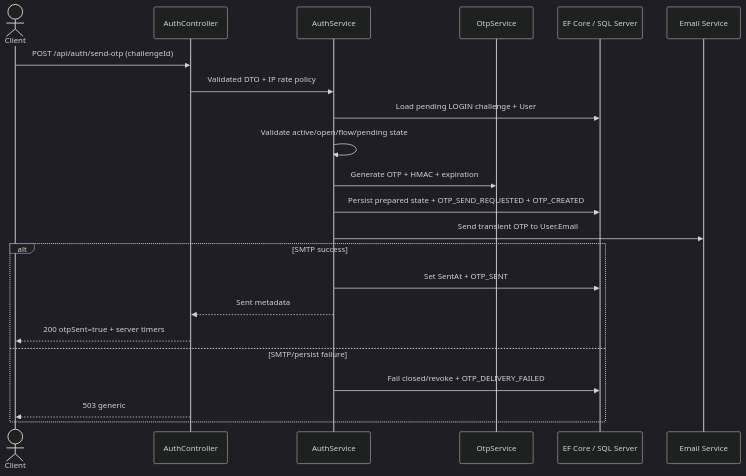
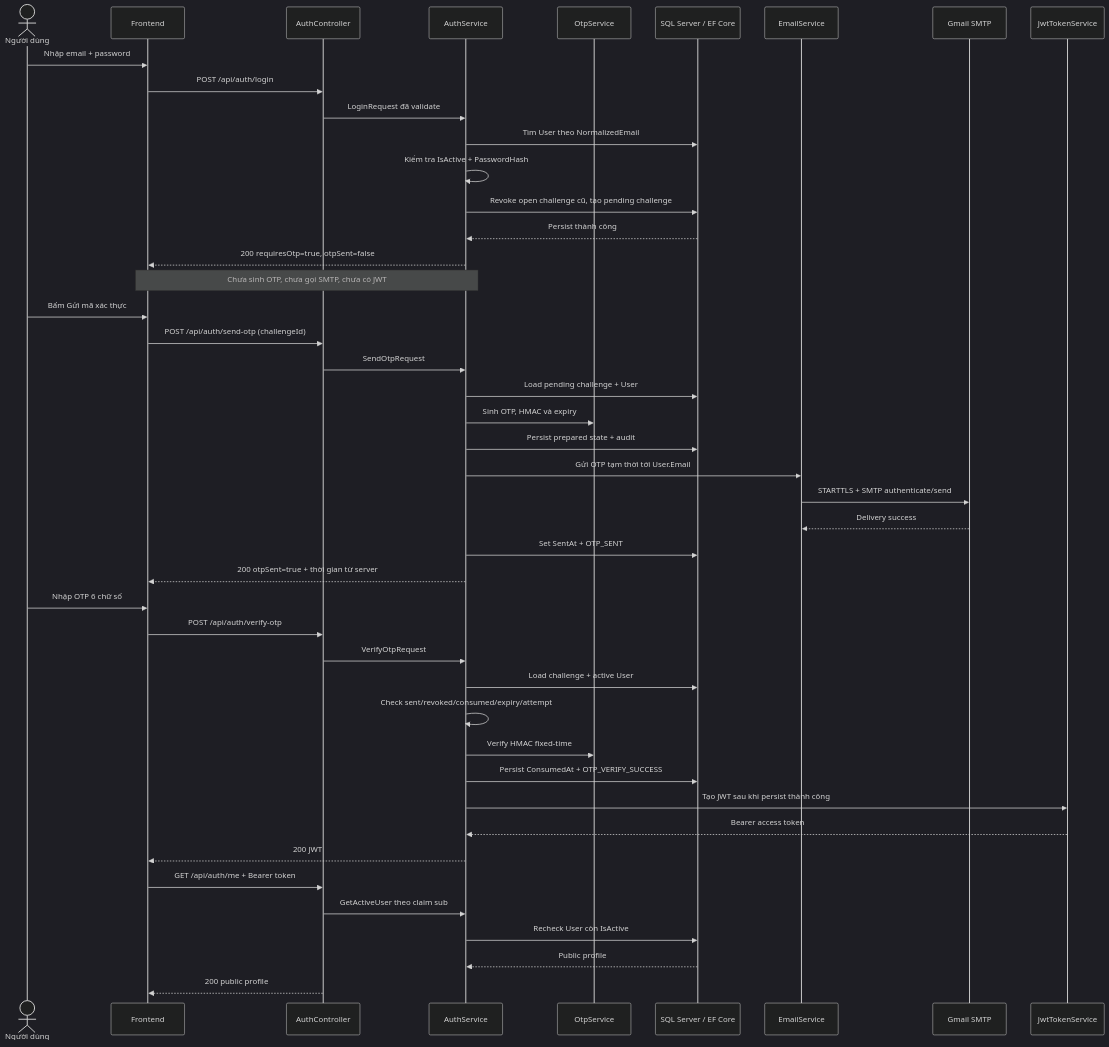
The second of 3 diagrams in docs/ARCHITECTURE.md (ThanhTM68/otp-auth-system), drawn with Mermaid (dark theme) before and after one commit. The commit also changed other lines of this file and 11 other files, not shown here.

````diff
--- a/docs/ARCHITECTURE.md
+++ b/docs/ARCHITECTURE.md
@@ -198,25 +115,50 @@
 ```mermaid
 sequenceDiagram
-    actor C as Client
+    actor U as Người dùng
+    participant UI as Frontend
     participant AC as AuthController
     participant AS as AuthService
     participant OS as OtpService
-    participant DB as EF Core / SQL Server
-    participant ES as Email Service
+    participant DB as SQL Server / EF Core
+    participant ES as EmailService
+    participant GM as Gmail SMTP
+    participant JS as JwtTokenService
 
-    C->>AC: POST /api/auth/send-otp (challengeId)
-    AC->>AS: Validated DTO + IP rate policy
-    AS->>DB: Load pending LOGIN challenge + User
-    AS->>AS: Validate active/open/flow/pending state
-    AS->>OS: Generate OTP + HMAC + expiration
-    AS->>DB: Persist prepared state + OTP_SEND_REQUESTED + OTP_CREATED
-    AS->>ES: Send transient OTP to User.Email
-    alt SMTP success
-        AS->>DB: Set SentAt + OTP_SENT
-        AS-->>AC: Sent metadata
-        AC-->>C: 200 otpSent=true + server timers
-    else SMTP/persist failure
-        AS->>DB: Fail closed/revoke + OTP_DELIVERY_FAILED
-        AC-->>C: 503 generic
-    end
+    U->>UI: Nhập email + password
+    UI->>AC: POST /api/auth/login
+    AC->>AS: LoginRequest đã validate
+    AS->>DB: Tìm User theo NormalizedEmail
+    AS->>AS: Kiểm tra IsActive + PasswordHash
+    AS->>DB: Revoke open challenge cũ, tạo pending challenge
+    DB-->>AS: Persist thành công
+    AS-->>UI: 200 requiresOtp=true, otpSent=false
+    Note over UI,AS: Chưa sinh OTP, chưa gọi SMTP, chưa có JWT
+
+    U->>UI: Bấm Gửi mã xác thực
+    UI->>AC: POST /api/auth/send-otp (challengeId)
+    AC->>AS: SendOtpRequest
+    AS->>DB: Load pending challenge + User
+    AS->>OS: Sinh OTP, HMAC và expiry
+    AS->>DB: Persist prepared state + audit
+    AS->>ES: Gửi OTP tạm thời tới User.Email
+    ES->>GM: STARTTLS + SMTP authenticate/send
+    GM-->>ES: Delivery success
+    AS->>DB: Set SentAt + OTP_SENT
+    AS-->>UI: 200 otpSent=true + thời gian từ server
+
+    U->>UI: Nhập OTP 6 chữ số
+    UI->>AC: POST /api/auth/verify-otp
+    AC->>AS: VerifyOtpRequest
+    AS->>DB: Load challenge + active User
+    AS->>AS: Check sent/revoked/consumed/expiry/attempt
+    AS->>OS: Verify HMAC fixed-time
+    AS->>DB: Persist ConsumedAt + OTP_VERIFY_SUCCESS
+    AS->>JS: Tạo JWT sau khi persist thành công
+    JS-->>AS: Bearer access token
+    AS-->>UI: 200 JWT
+    UI->>AC: GET /api/auth/me + Bearer token
+    AC->>AS: GetActiveUser theo claim sub
+    AS->>DB: Recheck User còn IsActive
+    DB-->>AS: Public profile
+    AC-->>UI: 200 public profile
 ```
````
